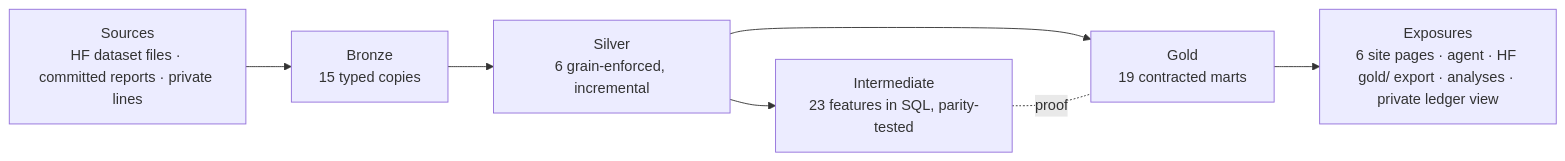
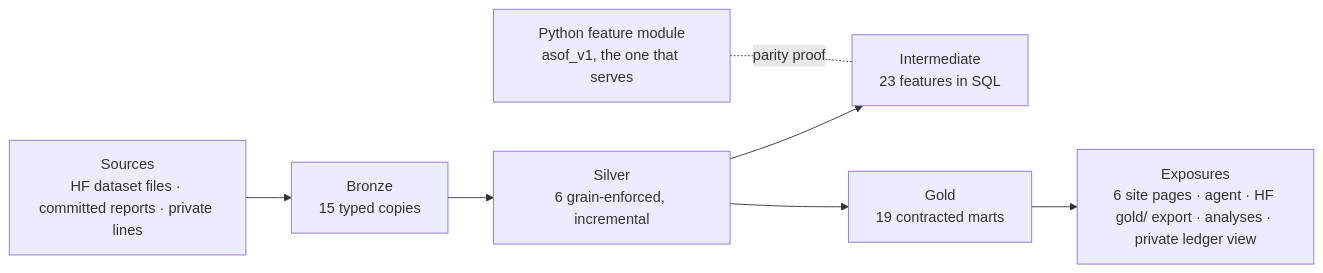
The first of 2 diagrams in README.md (cbratkovics/nba-ai-ml), drawn with Mermaid before and after one commit. The commit also changed other lines of this file and 1 other file, not shown here.

Commit message:
fix(readme): pluralise the rendered dbt counts, evaluation link to /ledger, reconciliation line states both tolerances, parity edge drawn to the Python module, plainer lead, no volume claim for the ledger

````diff
--- a/README.md
+++ b/README.md
@@ -12,9 +12,9 @@
 ```mermaid
 flowchart LR
     S["Sources<br/>HF dataset files · committed reports · private lines"] --> B["Bronze<br/>15 typed copies"]
     B --> V["Silver<br/>6 grain-enforced, incremental"]
-    V --> I["Intermediate<br/>23 features in SQL, parity-tested"]
+    V --> I["Intermediate<br/>23 features in SQL"]
+    M["Python feature module<br/>asof_v1, the one that serves"] -.parity proof.- I
     V --> G["Gold<br/>19 contracted marts"]
-    I -.proof.- G
     G --> E["Exposures<br/>6 site pages · agent · HF gold/ export · analyses · private ledger view"]
 ```
````
